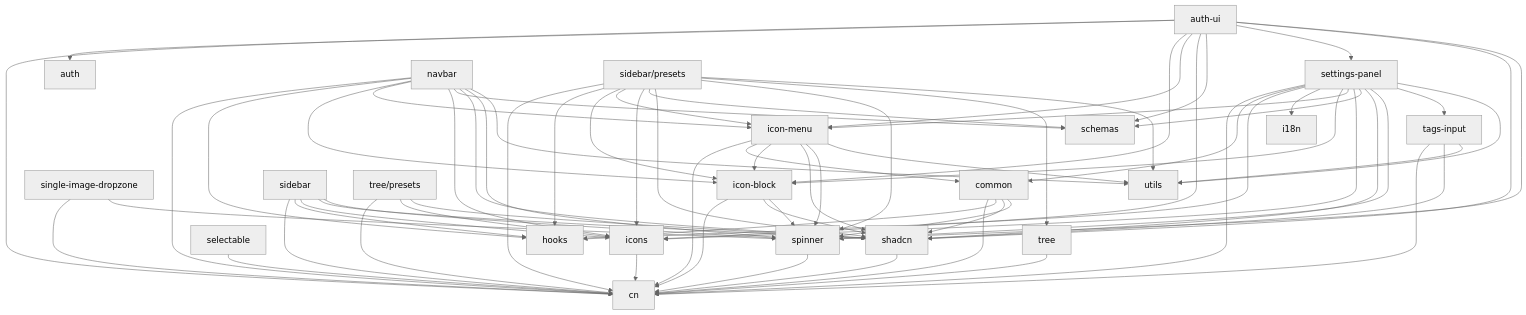
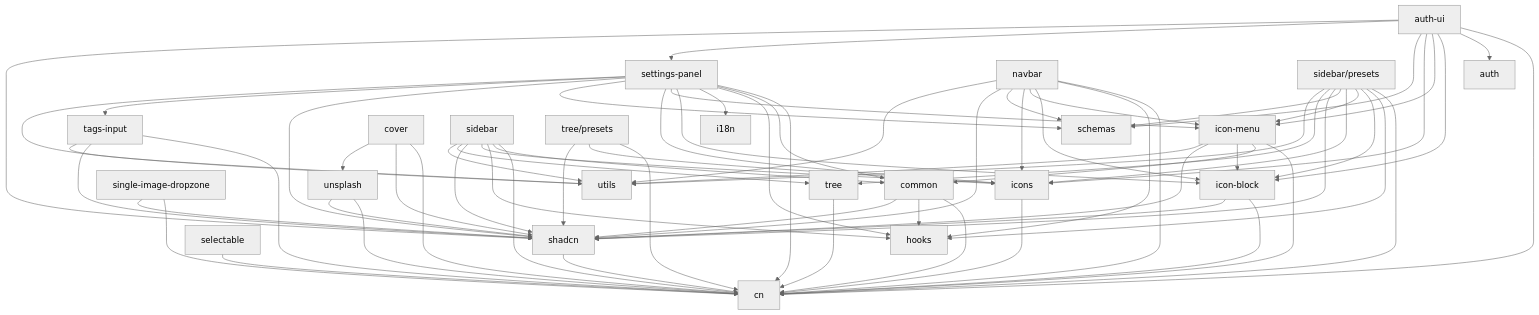
The diagram in package-dependencies.md (steeeee0223/notion-kit), drawn with Mermaid (neutral theme) before and after one commit. The commit also changed other lines of this file, not shown here.

````diff
--- a/package-dependencies.md
+++ b/package-dependencies.md
@@ -14,17 +14,15 @@
     
     %% Level 1 - depends on base packages
     icons --> cn
-    spinner --> cn
     selectable --> cn
     shadcn --> cn
     
     %% Level 2 - depends on Level 1
     single-image-dropzone --> cn
-    single-image-dropzone --> spinner
+    single-image-dropzone --> shadcn
     
     icon-block --> cn
     icon-block --> shadcn
-    icon-block --> spinner
     
     tags-input --> cn
     tags-input --> shadcn
@@ -33,7 +31,6 @@
     common --> cn
     common --> hooks
     common --> shadcn
-    common --> spinner
     
     %% Level 3 - depends on Level 2
     tree --> cn
@@ -42,8 +39,14 @@
     icon-menu --> common
     icon-menu --> icon-block
     icon-menu --> shadcn
-    icon-menu --> spinner
     icon-menu --> utils
+    
+    unsplash --> cn
+    unsplash --> shadcn
+    
+    cover --> cn
+    cover --> shadcn
+    cover --> unsplash
     
     settings-panel --> cn
     settings-panel --> common
@@ -54,7 +57,6 @@
     settings-panel --> icons
     settings-panel --> schemas
     settings-panel --> shadcn
-    settings-panel --> spinner
     settings-panel --> tags-input
     settings-panel --> utils
     
@@ -65,7 +67,6 @@
     navbar --> icons
     navbar --> schemas
     navbar --> shadcn
-    navbar --> spinner
     navbar --> utils
     
     auth-ui --> cn
@@ -76,14 +77,15 @@
     auth-ui --> schemas
     auth-ui --> settings-panel
     auth-ui --> shadcn
-    auth-ui --> spinner
     
     %% Level 4 - depends on Level 3
     sidebar --> cn
+    sidebar --> common
     sidebar --> hooks
     sidebar --> icons
     sidebar --> shadcn
-    sidebar --> spinner
+    sidebar --> tree
+    sidebar --> utils
     
     %% tree/presets subpackage (virtual node for documentation)
     tree-presets[tree/presets] --> cn
@@ -98,7 +100,6 @@
     sidebar-presets --> icons
     sidebar-presets --> schemas
     sidebar-presets --> shadcn
-    sidebar-presets --> spinner
     sidebar-presets --> tree
     sidebar-presets --> utils
 ```
````
